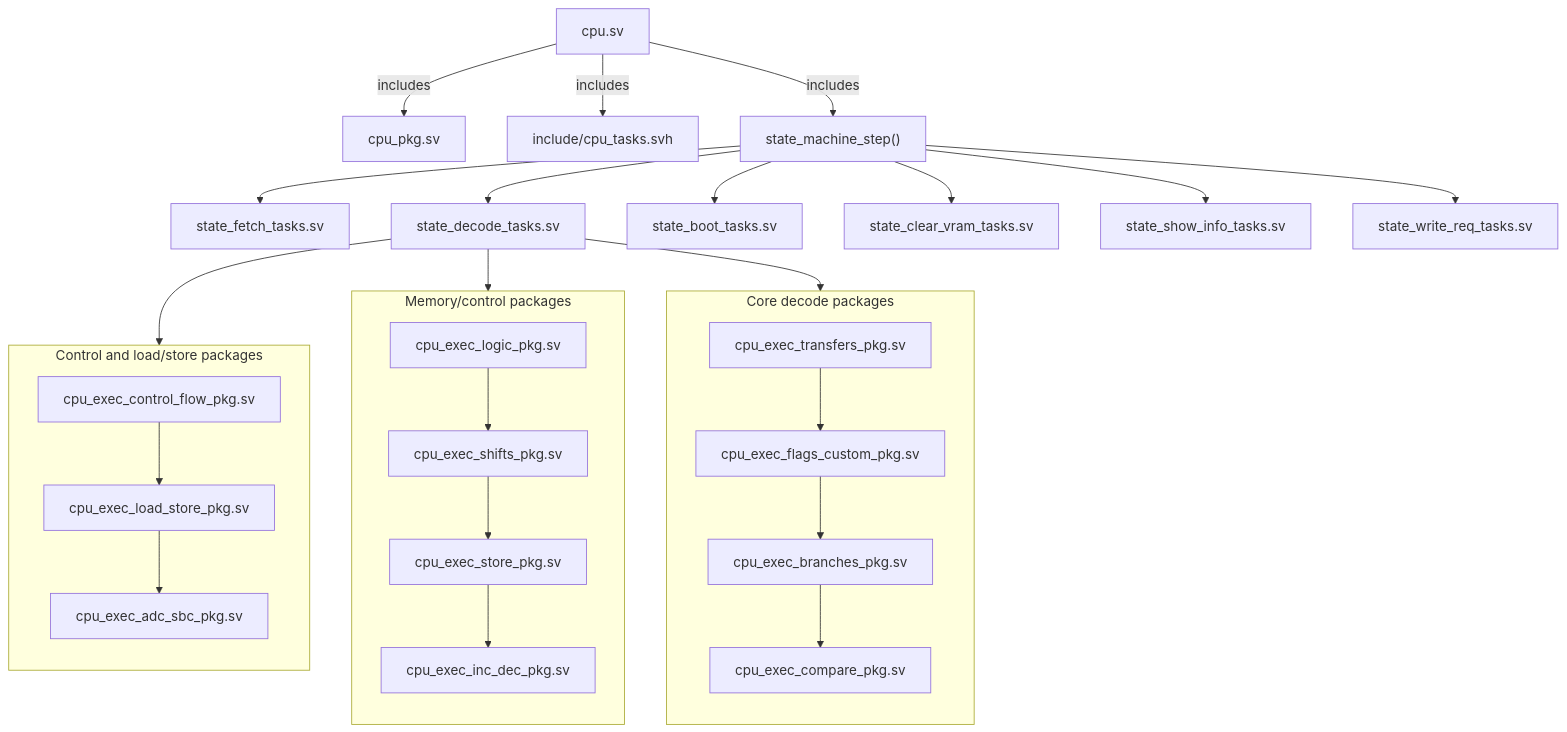
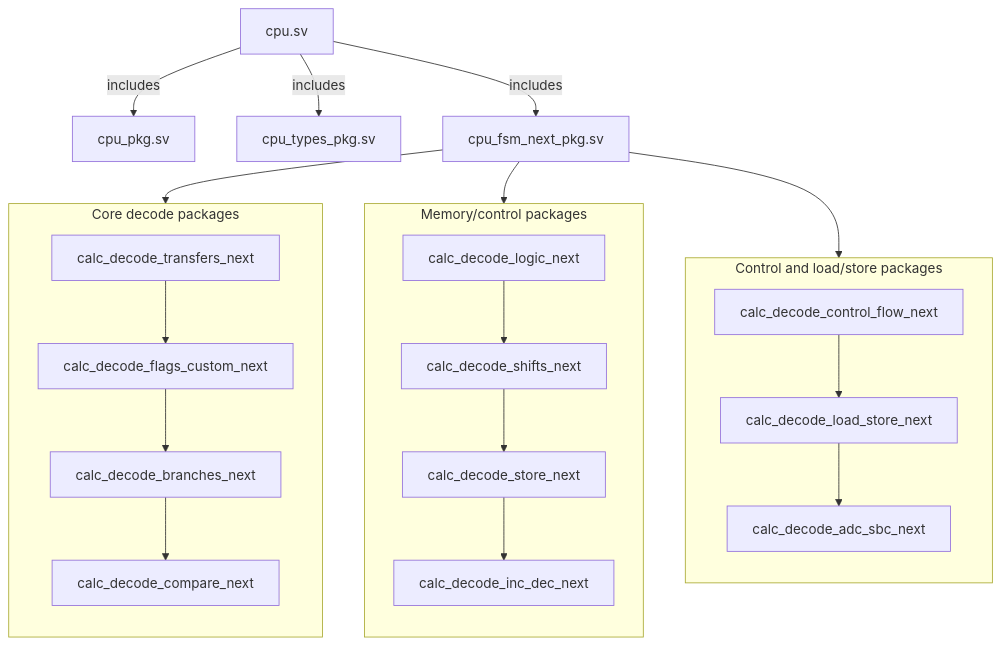
The third of 6 diagrams in day99_completed/docs/README_architecture_en.md (sokoide/tangnano_6502_cpu), drawn with Mermaid before and after one commit. The commit also changed other lines of this file and 14 other files, not shown here.

````diff
--- a/day99_completed/docs/README_architecture_en.md
+++ b/day99_completed/docs/README_architecture_en.md
@@ -174,32 +173,25 @@
 ```mermaid
 graph TB
     cpu[cpu.sv]
     cpu -->|includes| pkg[cpu_pkg.sv]
-    cpu -->|includes| tasks[include/cpu_tasks.svh]
-    cpu -->|includes| state_machine["state_machine_step()"]
-    state_machine --> state_fetch[state_fetch_tasks.sv]
-    state_machine --> state_decode[state_decode_tasks.sv]
-    state_machine --> state_boot[state_boot_tasks.sv]
-    state_machine --> state_clear[state_clear_vram_tasks.sv]
-    state_machine --> state_show[state_show_info_tasks.sv]
-    state_machine --> state_write_req[state_write_req_tasks.sv]
-
-    state_decode --> exec_transfers
-    state_decode --> exec_logic
-    state_decode --> exec_control_flow
+    cpu -->|includes| types[cpu_types_pkg.sv]
+    cpu -->|includes| fsm[cpu_fsm_next_pkg.sv]
+    fsm --> decode_col1
+    fsm --> decode_col2
+    fsm --> decode_col3
 
     subgraph decode_col1["Core decode packages"]
       direction TB
-      exec_transfers[cpu_exec_transfers_pkg.sv] --> exec_flags[cpu_exec_flags_custom_pkg.sv] --> exec_branches[cpu_exec_branches_pkg.sv] --> exec_compare[cpu_exec_compare_pkg.sv]
+      transfers["calc_decode_transfers_next"] --> flags["calc_decode_flags_custom_next"] --> branches["calc_decode_branches_next"] --> compare["calc_decode_compare_next"]
     end
 
     subgraph decode_col2["Memory/control packages"]
       direction TB
-      exec_logic[cpu_exec_logic_pkg.sv] --> exec_shifts[cpu_exec_shifts_pkg.sv] --> exec_store[cpu_exec_store_pkg.sv] --> exec_inc_dec[cpu_exec_inc_dec_pkg.sv]
+      logic["calc_decode_logic_next"] --> shifts["calc_decode_shifts_next"] --> store["calc_decode_store_next"] --> inc_dec["calc_decode_inc_dec_next"]
     end
 
     subgraph decode_col3["Control and load/store packages"]
       direction TB
-      exec_control_flow[cpu_exec_control_flow_pkg.sv] --> exec_load_store[cpu_exec_load_store_pkg.sv] --> exec_adc_sbc[cpu_exec_adc_sbc_pkg.sv]
+      control_flow["calc_decode_control_flow_next"] --> load_store["calc_decode_load_store_next"] --> adc_sbc["calc_decode_adc_sbc_next"]
     end
 ```
````
